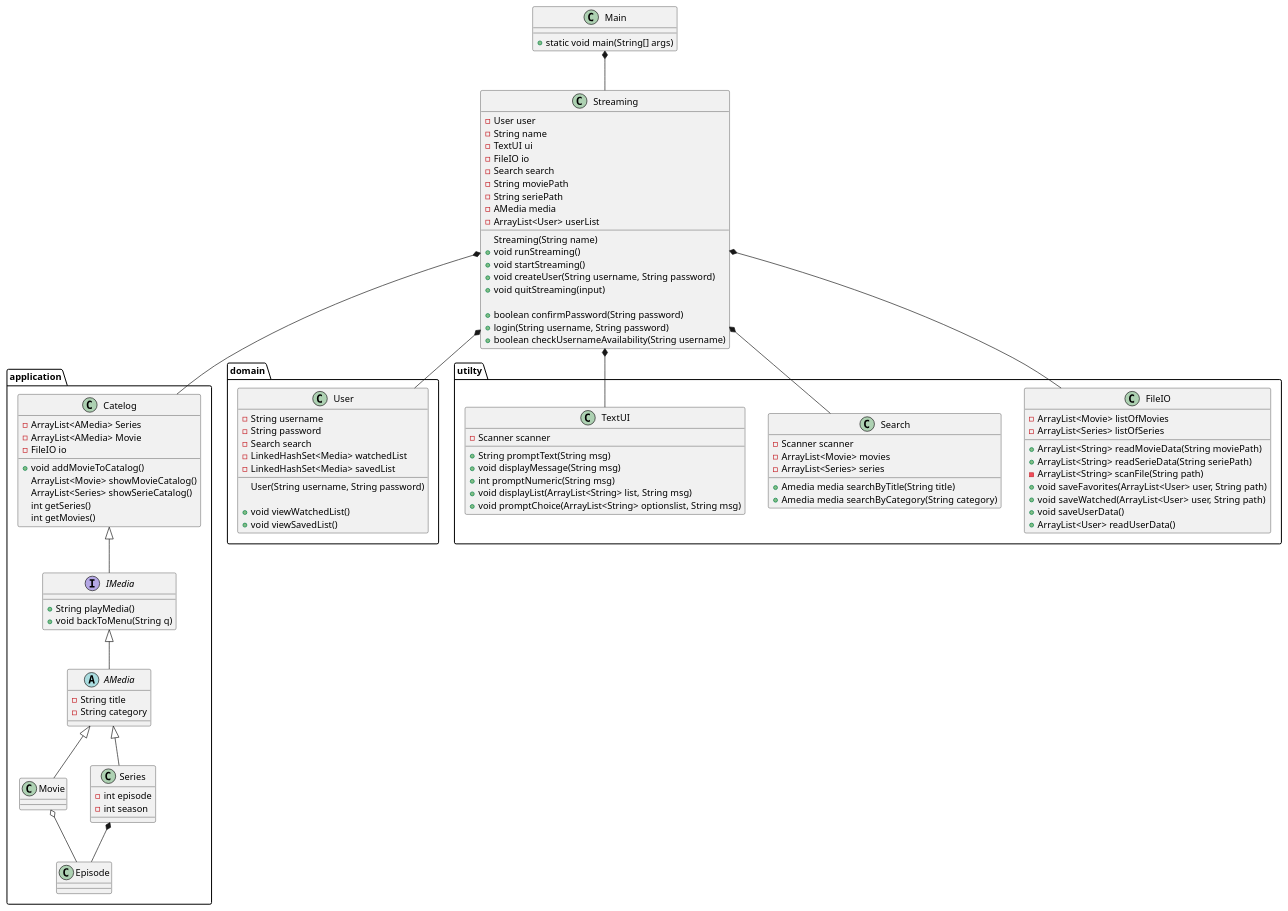
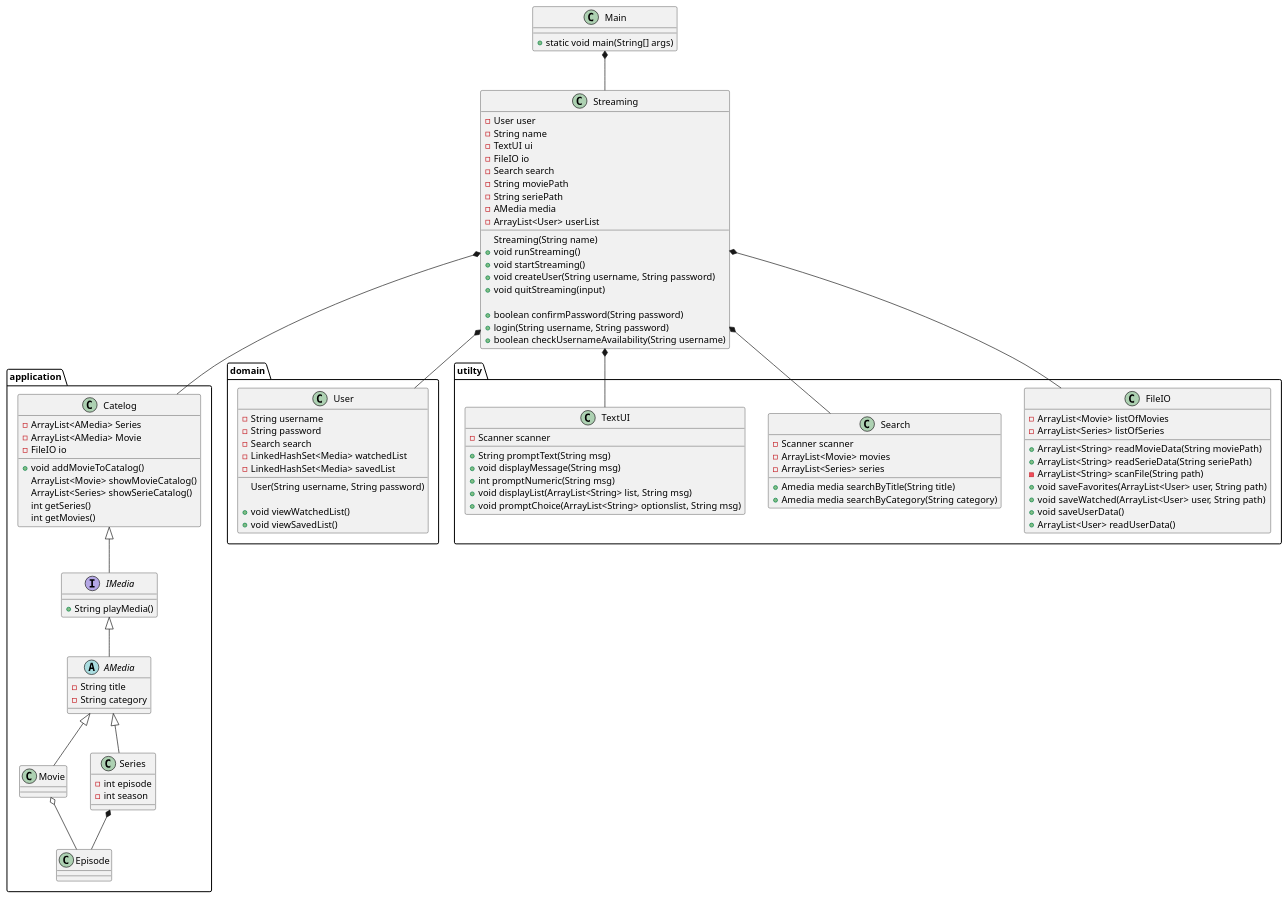
The diagram in Doc/Static/ClassDiagramv2.puml (mrPrimeBeef/Sem1-Project-MovieStream), drawn with PlantUML before and after one commit. The commit also changed 6 other files, not shown here.

```diff
--- a/Doc/Static/ClassDiagramv2.puml
+++ b/Doc/Static/ClassDiagramv2.puml
@@ -1,137 +1,136 @@
 @startuml
 
 class Main {
 + static void main(String[] args)
 }
 package application{
 interface IMedia {
 + String playMedia()
-+ void backToMenu(String q)
 '+ pauseMedia()
 }
 
 abstract AMedia {
 - String title
 - String category
 
 }
 
 class Movie {
 
 }
 
 class Catelog{
 - ArrayList<AMedia> Series
 - ArrayList<AMedia> Movie
 - FileIO io
 
 + void addMovieToCatalog()
 ArrayList<Movie> showMovieCatalog()
 ArrayList<Series> showSerieCatalog()
 int getSeries()
 int getMovies()
 }
 
 
 class Series {
 - int episode
 - int season
 }
 class Episode{
 
 }
 }
 
 package domain{
 class User {
 - String username
 - String password
 - Search search
 - LinkedHashSet<Media> watchedList
 - LinkedHashSet<Media> savedList
 
 User(String username, String password)
 
 + void viewWatchedList()
 + void viewSavedList()
 }
 }
 
 class Streaming {
 - User user
 - String name
 - TextUI ui
 - FileIO io
 - Search search
 - String moviePath
 - String seriePath
 - AMedia media
 - ArrayList<User> userList
 Streaming(String name)
 + void runStreaming()
 + void startStreaming()
 + void createUser(String username, String password)
 + void quitStreaming(input)
 
 + boolean confirmPassword(String password)
 + login(String username, String password)
 + boolean checkUsernameAvailability(String username)
 }
 
 
 package utilty{
 class FileIO {
 - ArrayList<Movie> listOfMovies
 - ArrayList<Series> listOfSeries
 + ArrayList<String> readMovieData(String moviePath)
 + ArrayList<String> readSerieData(String seriePath)
 - ArrayList<String> scanFile(String path)
 + void saveFavorites(ArrayList<User> user, String path)
 + void saveWatched(ArrayList<User> user, String path)
 + void saveUserData()
 + ArrayList<User> readUserData()
 }
 
 class Search {
 - Scanner scanner
 - ArrayList<Movie> movies
 - ArrayList<Series> series
 + Amedia media searchByTitle(String title)
 + Amedia media searchByCategory(String category)
 
 }
 class TextUI {
 - Scanner scanner
 + String promptText(String msg)
 + void displayMessage(String msg)
 + int promptNumeric(String msg)
 + void displayList(ArrayList<String> list, String msg)
 + void promptChoice(ArrayList<String> optionslist, String msg)
 }
 }
 
 
 Main *-- Streaming
 Streaming *-- Catelog
 Streaming *-- User
 Streaming *-- Search
 Streaming *-- TextUI
 Catelog <|-- IMedia
 IMedia <|-- AMedia
 Streaming *-- FileIO
 AMedia <|-- Movie
 AMedia  <|-- Series
 Series *-- Episode
 Movie o-- Episode
 
 'https://devhints.io/plantuml
 'Car <|-- SmallCar      # extension
 'Car *-- Engine         # composition
 'Cars o-- Car           # aggregation
 'Car <|.. SmallCar      # dotted line (use .. instead of --)
 'Car <|--* Car
 
 '-left->
 '-right->
 
 @enduml
```
